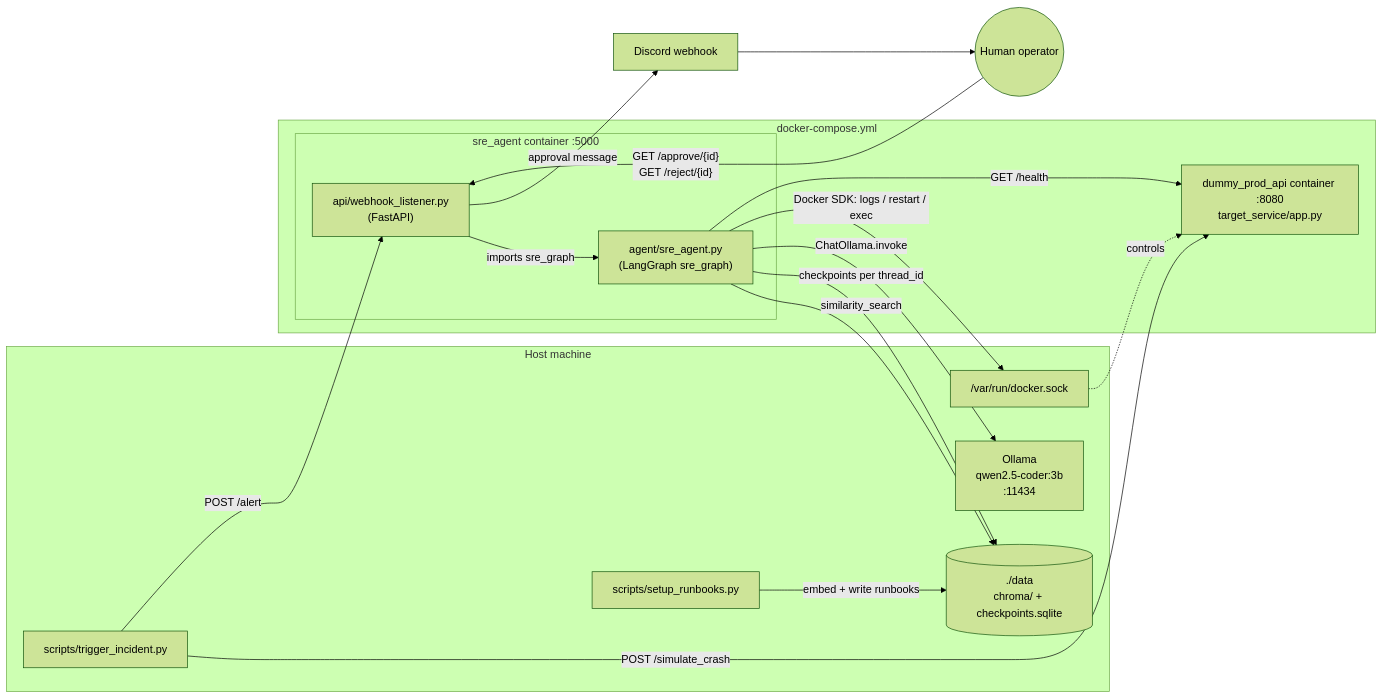
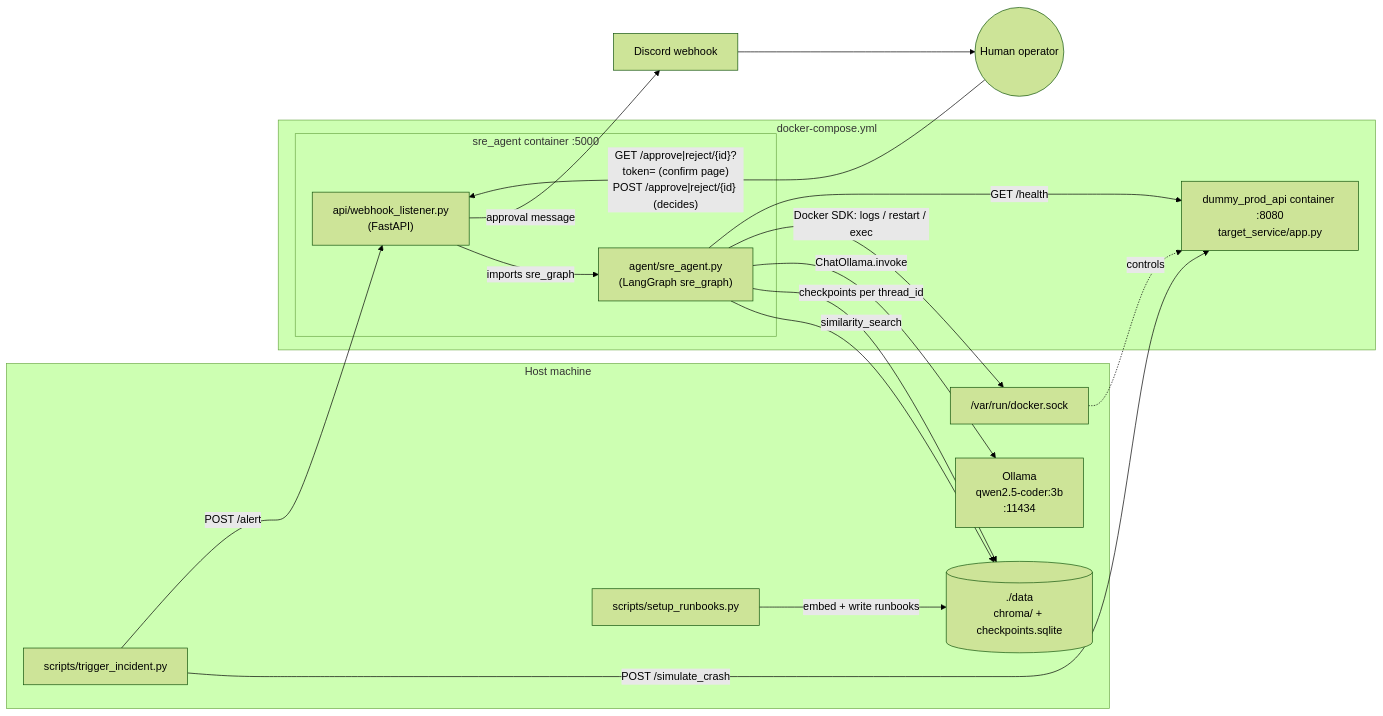
One commit to anaskhan7866/Autonomous-SRE-Agent changed the first of 3 diagrams in docs/WORKFLOW.md. Above: the diagram before and after it, drawn with Mermaid (forest theme). The commit also changed other lines of this file and 5 other files, not shown here.

First line of the commit message:
fix(hitl): require POST + one-time token for approvals (Discord crawler bypass)

````diff
--- a/docs/WORKFLOW.md
+++ b/docs/WORKFLOW.md
@@ -9,35 +9,35 @@
 ```mermaid
 flowchart LR
     subgraph Host["Host machine"]
         TRIG["scripts/trigger_incident.py"]
         SETUP["scripts/setup_runbooks.py"]
         OLLAMA["Ollama<br/>qwen2.5-coder:3b<br/>:11434"]
         DATA[("./data<br/>chroma/ + checkpoints.sqlite")]
         SOCK["/var/run/docker.sock"]
     end
 
     subgraph Compose["docker-compose.yml"]
         subgraph SRE["sre_agent container :5000"]
             API["api/webhook_listener.py<br/>(FastAPI)"]
             GRAPH["agent/sre_agent.py<br/>(LangGraph sre_graph)"]
         end
         TARGET["dummy_prod_api container :8080<br/>target_service/app.py"]
     end
 
     DISCORD["Discord webhook"]
     HUMAN(("Human operator"))
 
     TRIG -- "POST /simulate_crash" --> TARGET
     TRIG -- "POST /alert" --> API
     SETUP -- "embed + write runbooks" --> DATA
     API -- "imports sre_graph" --> GRAPH
     GRAPH -- "similarity_search" --> DATA
     GRAPH -- "checkpoints per thread_id" --> DATA
     GRAPH -- "ChatOllama.invoke" --> OLLAMA
     GRAPH -- "Docker SDK: logs / restart / exec" --> SOCK
     SOCK -.controls.-> TARGET
     GRAPH -- "GET /health" --> TARGET
     API -- "approval message" --> DISCORD
     DISCORD --> HUMAN
-    HUMAN -- "GET /approve/{id}<br/>GET /reject/{id}" --> API
+    HUMAN -- "GET /approve|reject/{id}?token= (confirm page)<br/>POST /approve|reject/{id} (decides)" --> API
 ```
````
